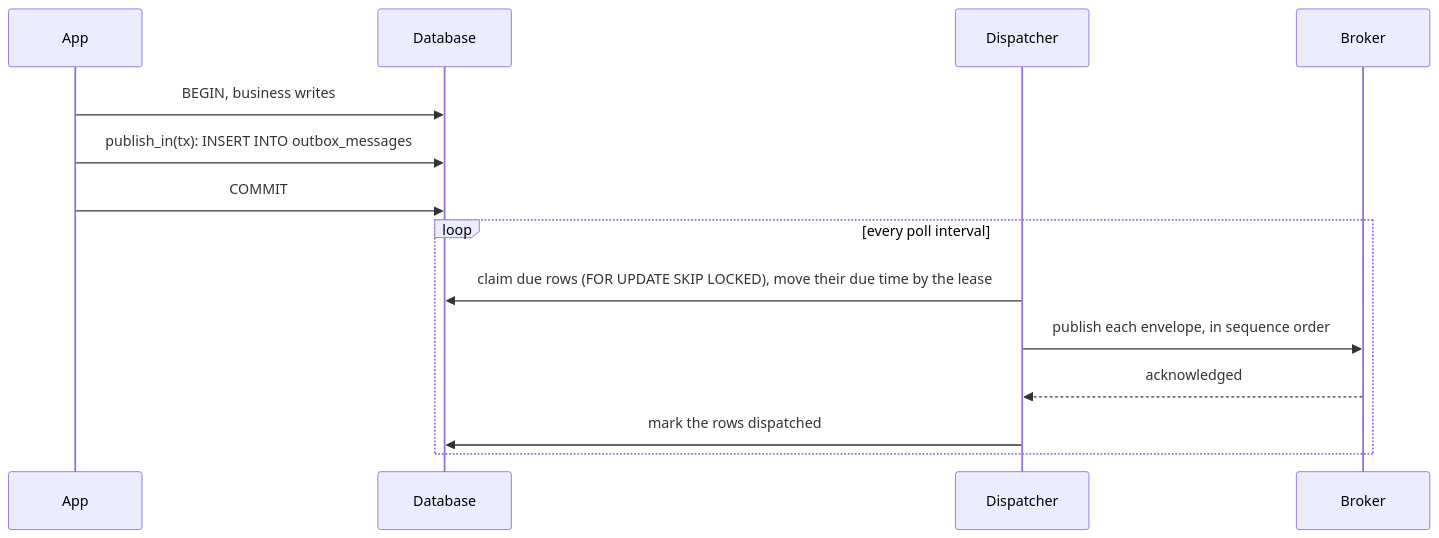
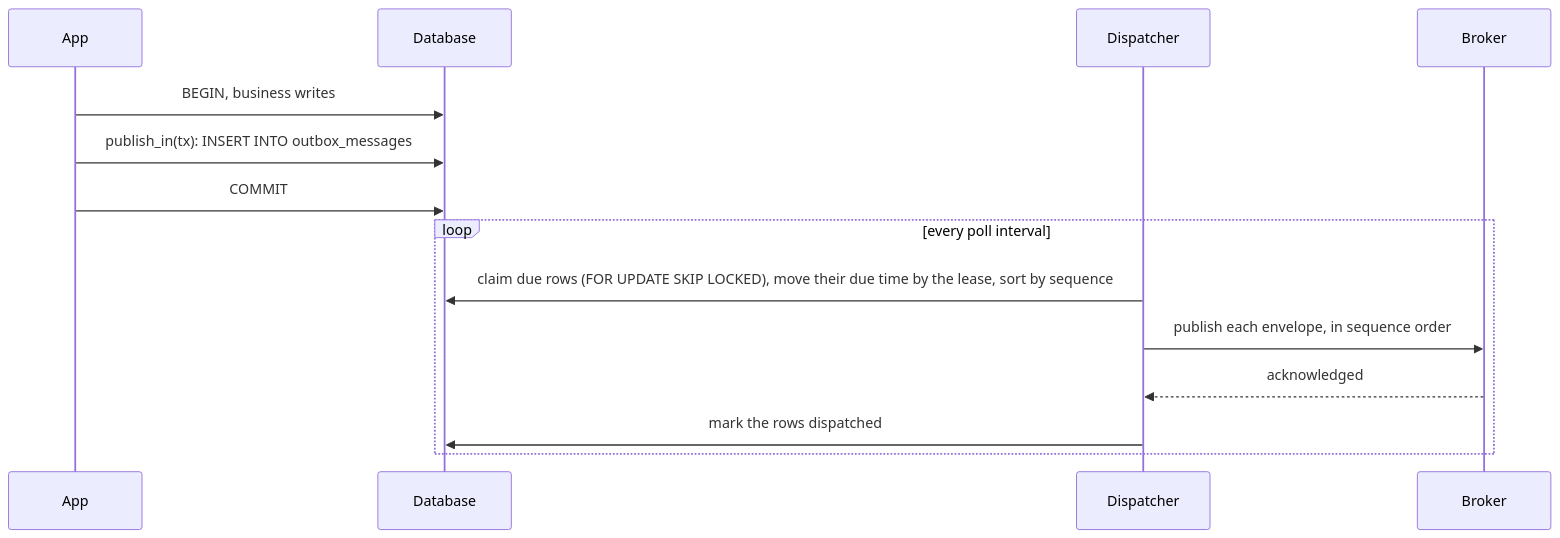
Before and after one commit to sisaio/sisa-messaging-rs: the second of 5 diagrams in docs/02-flows.md, drawn with Mermaid. The commit also changed other lines of this file and 2 other files, not shown here.

Commit message:
docs: answer the scaffold review on failed rows, ordering and CI

````diff
--- a/docs/02-flows.md
+++ b/docs/02-flows.md
@@ -24,16 +24,16 @@
 ```mermaid
 sequenceDiagram
     participant App
     participant DB as Database
     participant Dispatcher
     participant Broker
     App->>DB: BEGIN, business writes
     App->>DB: publish_in(tx): INSERT INTO outbox_messages
     App->>DB: COMMIT
     loop every poll interval
-        Dispatcher->>DB: claim due rows (FOR UPDATE SKIP LOCKED), move their due time by the lease
+        Dispatcher->>DB: claim due rows (FOR UPDATE SKIP LOCKED), move their due time by the lease, sort by sequence
         Dispatcher->>Broker: publish each envelope, in sequence order
         Broker-->>Dispatcher: acknowledged
         Dispatcher->>DB: mark the rows dispatched
     end
 ```
````
